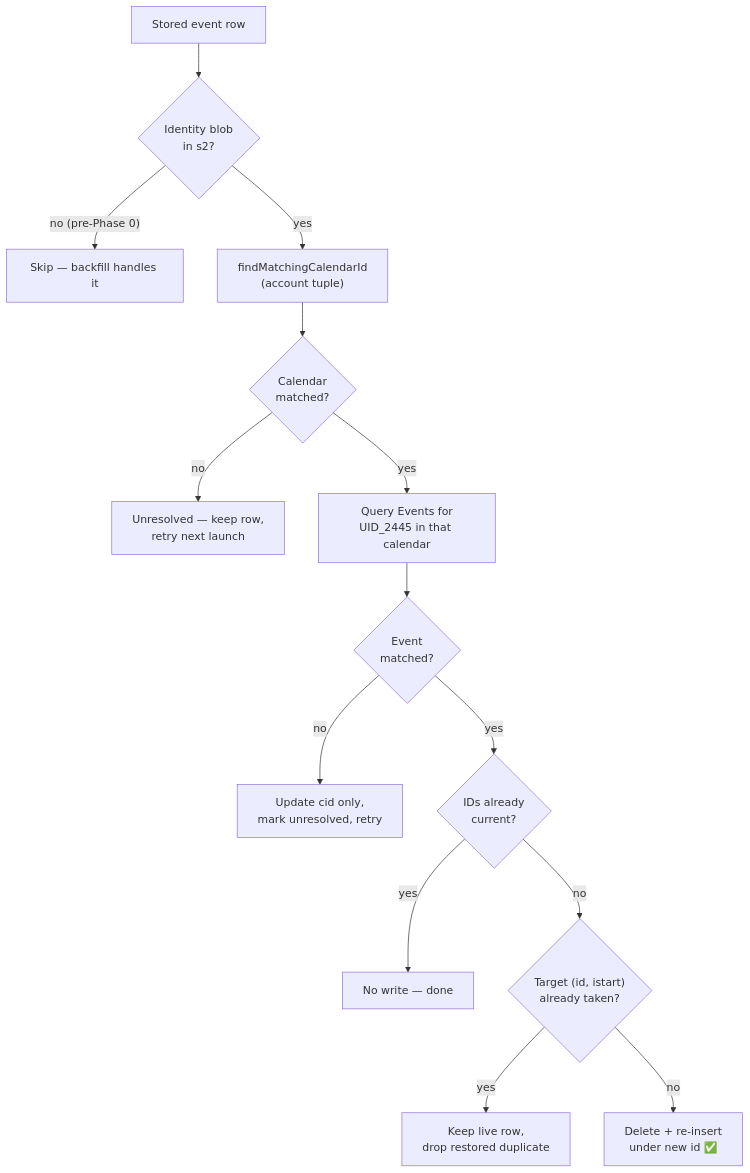
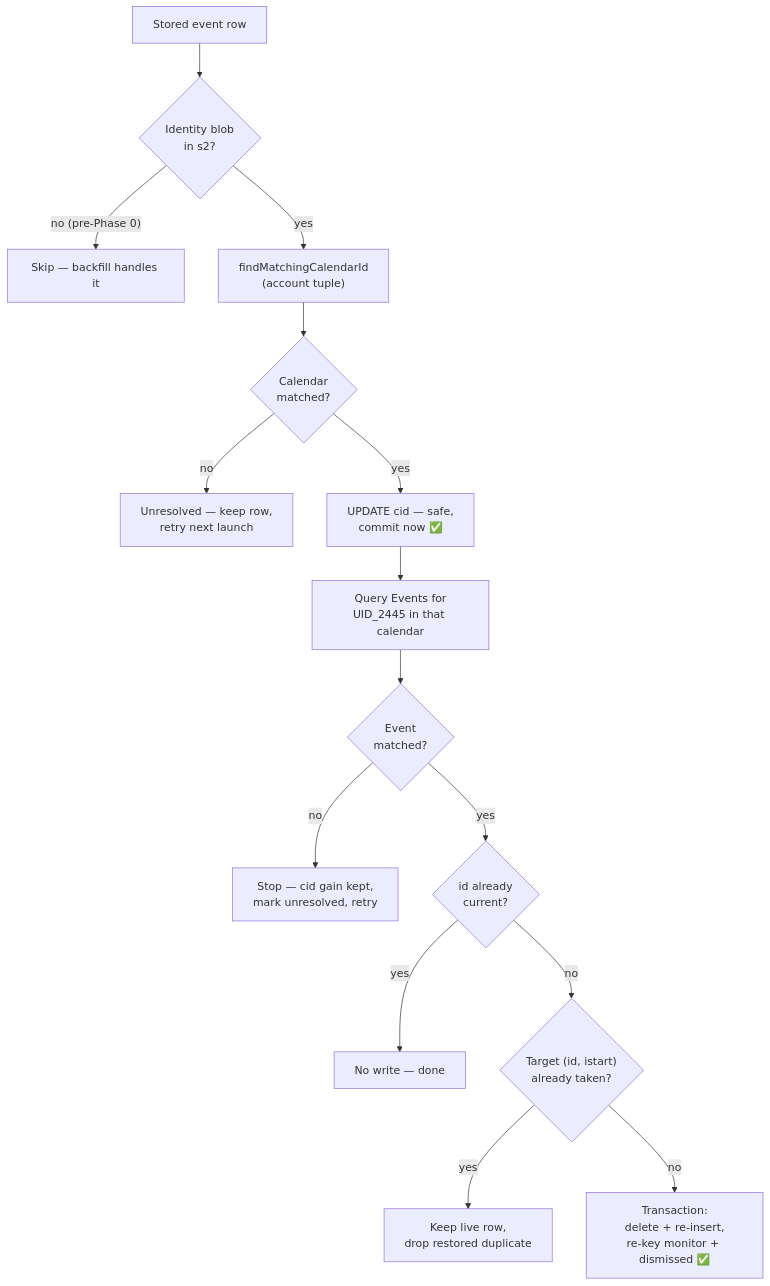
One commit to williscool/CalendarNotification changed the third of 3 diagrams in docs/dev_todo/portable_event_identity.md. Above: the diagram before and after it, drawn with Mermaid. The commit also changed other lines of this file and 1 other file, not shown here.

````diff
--- a/docs/dev_todo/portable_event_identity.md
+++ b/docs/dev_todo/portable_event_identity.md
@@ -142,20 +175,21 @@
 ```mermaid
 flowchart TD
     A["Stored event row"] --> B{"Identity blob<br/>in s2?"}
     B -->|"no (pre-Phase 0)"| Z["Skip — backfill handles it"]
     B -->|yes| C["findMatchingCalendarId<br/>(account tuple)"]
 
     C --> D{"Calendar<br/>matched?"}
     D -->|no| Y["Unresolved — keep row,<br/>retry next launch"]
-    D -->|yes| E["Query Events for<br/>UID_2445 in that calendar"]
+    D -->|yes| S["UPDATE cid — safe,<br/>commit now ✅"]
 
+    S --> E["Query Events for<br/>UID_2445 in that calendar"]
     E --> F{"Event<br/>matched?"}
-    F -->|no| X["Update cid only,<br/>mark unresolved, retry"]
-    F -->|yes| G{"IDs already<br/>current?"}
+    F -->|no| X["Stop — cid gain kept,<br/>mark unresolved, retry"]
+    F -->|yes| G{"id already<br/>current?"}
 
     G -->|yes| W["No write — done"]
     G -->|no| H{"Target (id, istart)<br/>already taken?"}
 
     H -->|yes| V["Keep live row,<br/>drop restored duplicate"]
-    H -->|no| U["Delete + re-insert<br/>under new id ✅"]
+    H -->|no| U["Transaction:<br/>delete + re-insert,<br/>re-key monitor + dismissed ✅"]
 ```
````
